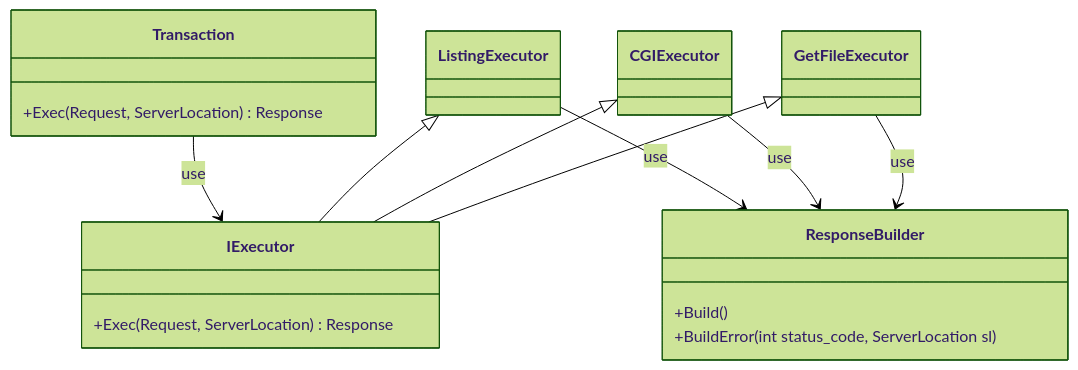
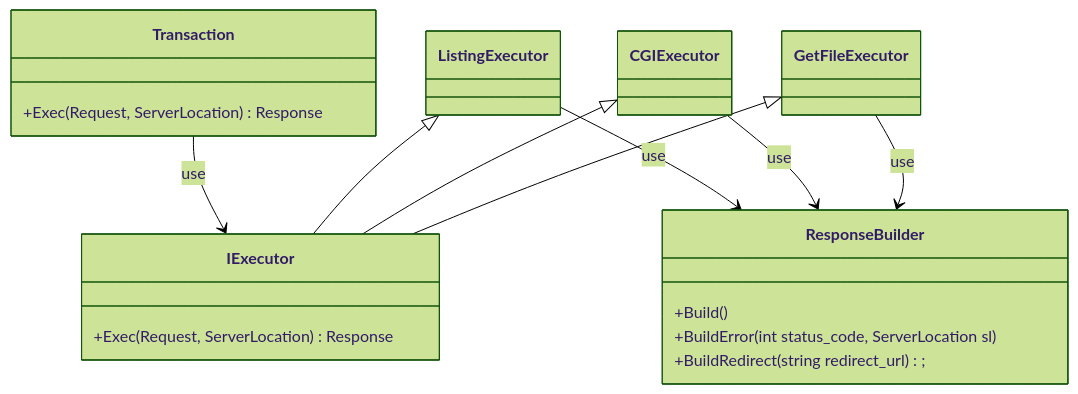
One commit to katataku/webserv changed the diagram in docs/class/transaction_class.md. Above: the diagram before and after it, drawn with Mermaid (forest theme). The commit also changed other lines of this file and 1 other file, not shown here.

````diff
--- a/docs/class/transaction_class.md
+++ b/docs/class/transaction_class.md
@@ -1,36 +1,37 @@
 ```mermaid
 classDiagram
     GetFileExecutor <|-- IExecutor
     CGIExecutor <|-- IExecutor
     ListingExecutor <|-- IExecutor
 
     Transaction --> IExecutor : use
     GetFileExecutor --> ResponseBuilder : use
     CGIExecutor --> ResponseBuilder : use
     ListingExecutor --> ResponseBuilder : use
 
     class GetFileExecutor {
     }
 
     class CGIExecutor {
     }
 
     class ListingExecutor {
     }
 
     class IExecutor {
         +Exec(Request, ServerLocation) Response
     }
 
 
     class Transaction {
         +Exec(Request, ServerLocation) Response
     }
 
 	%% status_code, server_location &&
     class ResponseBuilder {
         +Build()
 		+BuildError(int status_code, ServerLocation sl)
+		+BuildRedirect(string redirect_url);
     }
 
 ```
````
